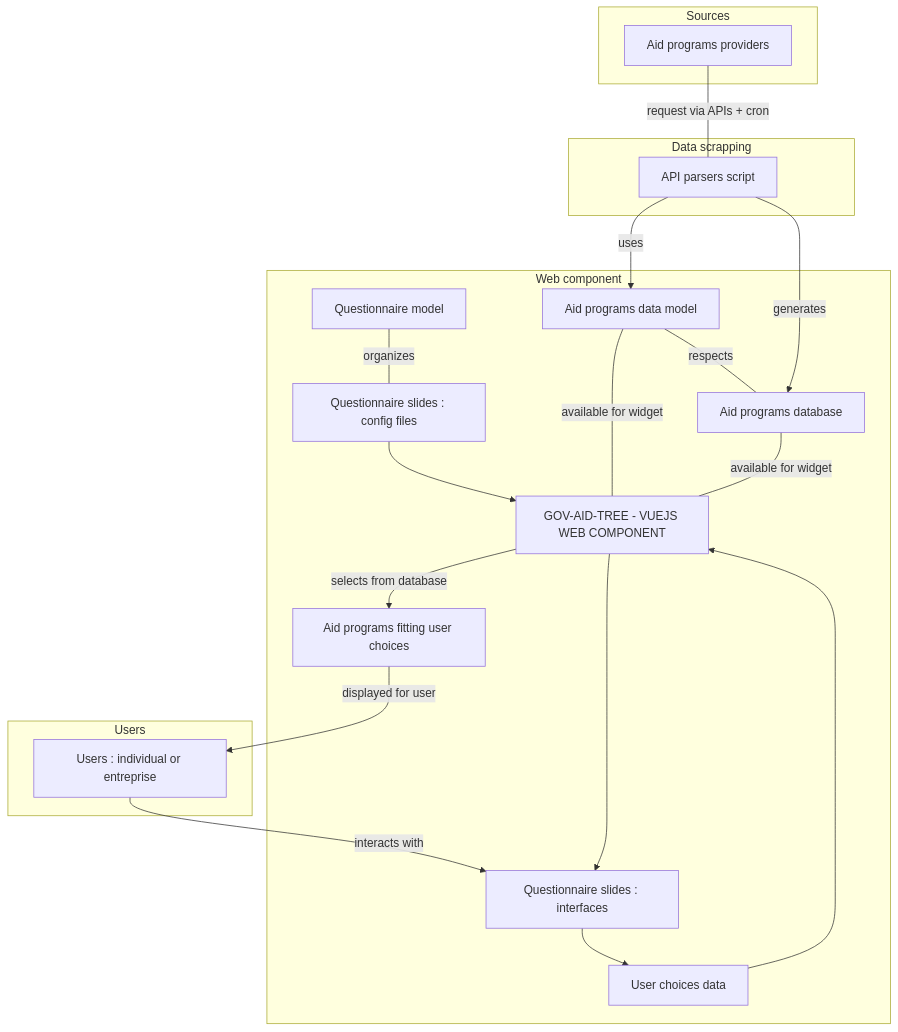
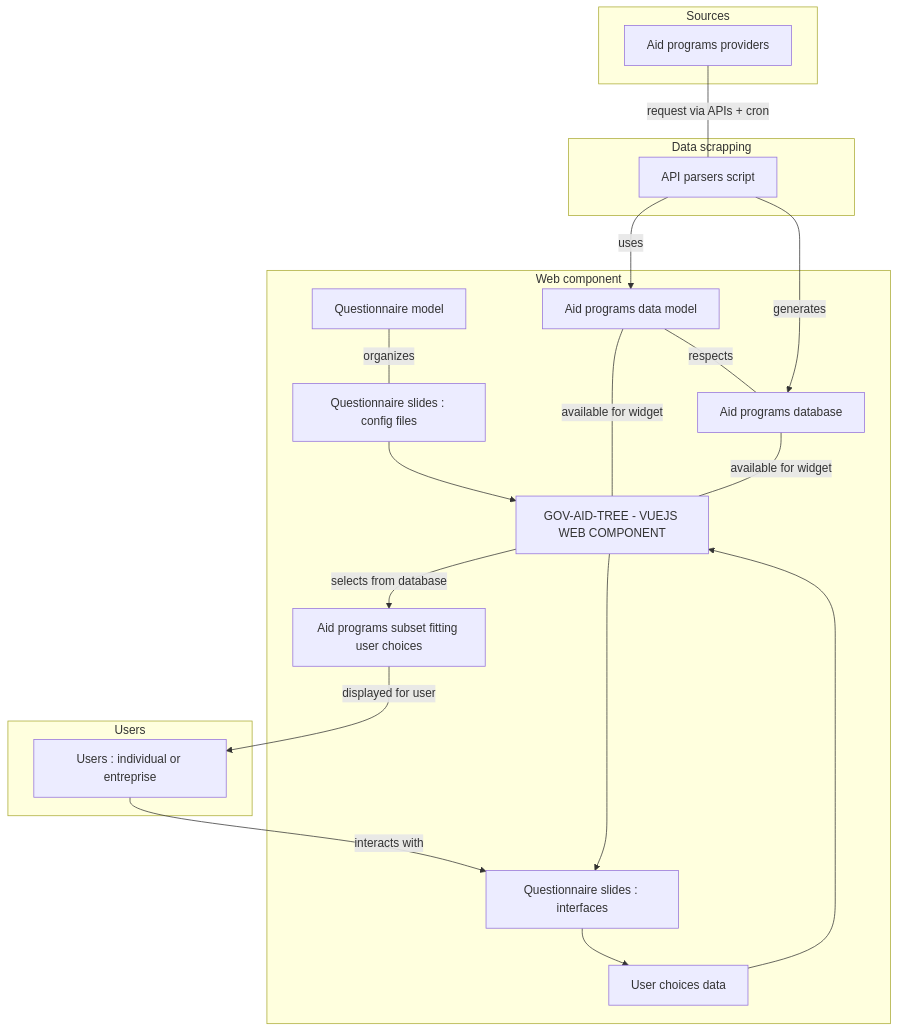
Before and after one commit to betagouv/mission-transition-ecologique: the diagram in README.md, drawn with Mermaid.

````diff
--- a/README.md
+++ b/README.md
@@ -88,29 +88,29 @@
 ```mermaid
 graph TD;
   subgraph "Web component"
   tracksModel[Questionnaire model] -- organizes --- tracks;
   tracks[Questionnaire slides : config files] --> widget[GOV-AID-TREE - VUEJS WEB COMPONENT];
   datamodel[Aid programs data model] -- available for widget --- widget;
   questions[Questionnaire slides : interfaces] --> choices[User choices data];
-  widget -- selects from database --> results[Aid programs fitting user choices];
+  widget -- selects from database --> results[Aid programs subset fitting user choices];
   widget --> questions;
   choices --> widget;
   datasets -- available for widget --- widget;
   datamodel -- respects --- datasets;
   end
 
   subgraph "Data scrapping"
   parser[API parsers script] -- uses --> datamodel;
   parser -- generates --> datasets[Aid programs database];
   end
 
   subgraph "Sources"
   sources[Aid programs providers] -- request via APIs + cron --- parser;
   end 
 
   subgraph "Users"
   results -- displayed for user --> user[Users : individual or entreprise];
   user -- interacts with --> questions;
   end
 
 ```
````
